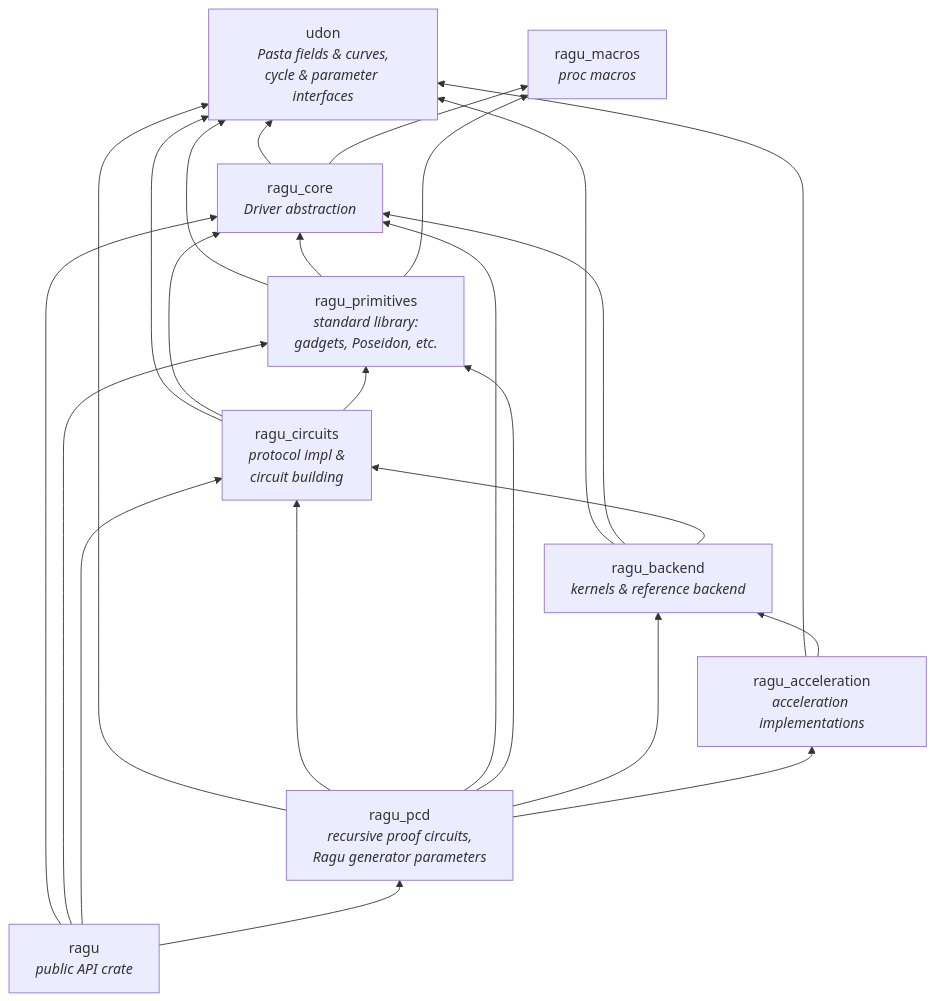
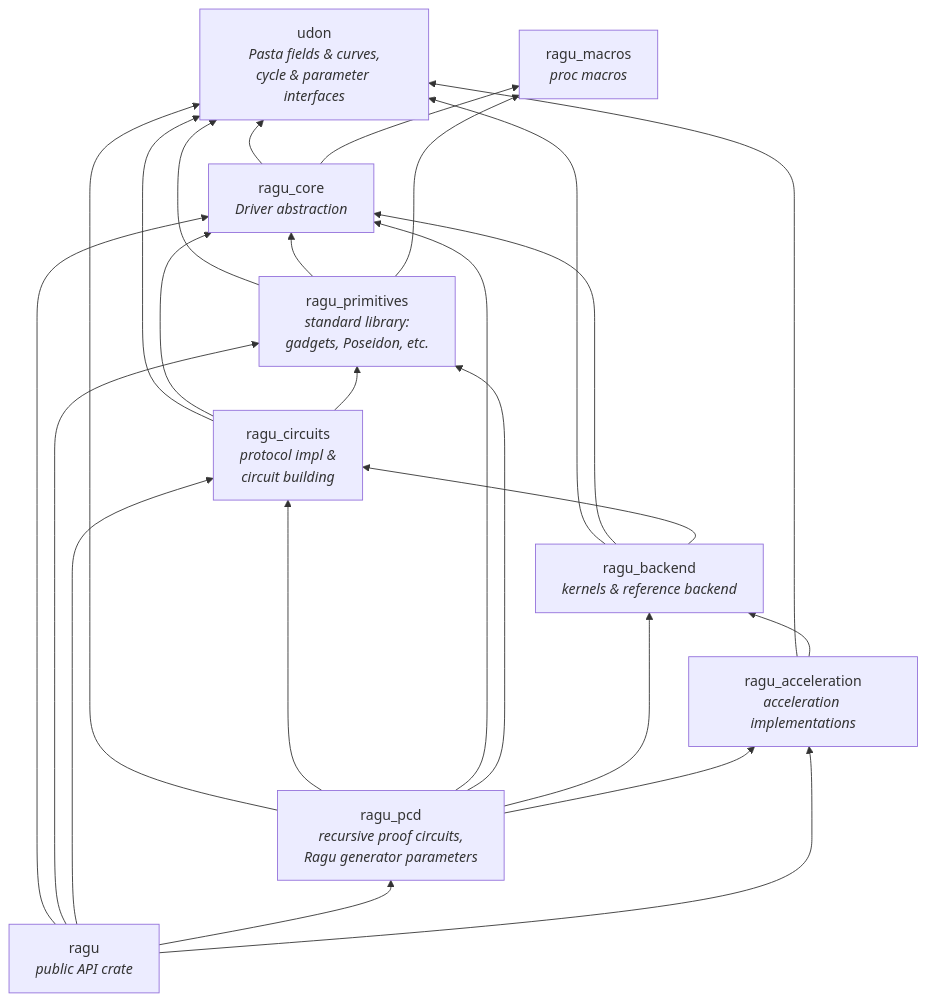
One commit to tachyon-zcash/ragu changed the second of 2 diagrams in book/src/implementation/arch.md. Above: the diagram before and after it, drawn with Mermaid. The commit also changed 2 other files, not shown here.

Commit message:
ragu: tidy the root crate's docs and lints
Draw the root crate's direct dependency on `ragu_acceleration` in the
architecture diagram, drop the `clippy::type_complexity` allowance that
re-exports cannot trigger, and name the backend a caller outside Ragu
passes to `bridge_hash::digest`, whose `ragu_backend::Backend` bound
names a crate `ragu` does not re-export.

````diff
--- a/book/src/implementation/arch.md
+++ b/book/src/implementation/arch.md
@@ -48,36 +48,37 @@
 ```mermaid
 flowchart BT
     macros["ragu_macros<br/><i>proc macros</i>"]
     udon["udon<br/><i>Pasta fields & curves,<br/>cycle & parameter interfaces</i>"]
     core["ragu_core<br/><i>Driver abstraction</i>"]
     prims["ragu_primitives<br/><i>standard library:<br/>gadgets, Poseidon, etc.</i>"]
     circuits["ragu_circuits<br/><i>protocol impl &<br/>circuit building</i>"]
     pcd["ragu_pcd<br/><i>recursive proof circuits,<br/>Ragu generator parameters</i>"]
     backend["ragu_backend<br/><i>kernels & reference backend</i>"]
     acceleration["ragu_acceleration<br/><i>acceleration implementations</i>"]
     ragu["ragu<br/><i>public API crate</i>"]
 
     core --> udon
     core --> macros
     prims --> udon
     prims --> core
     prims --> macros
     circuits --> udon
     circuits --> core
     circuits --> prims
     pcd --> udon
     pcd --> circuits
     pcd --> core
     pcd --> prims
     pcd --> backend
     pcd --> acceleration
     backend --> udon
     backend --> core
     backend --> circuits
     acceleration --> udon
     acceleration --> backend
     ragu --> core
     ragu --> prims
     ragu --> circuits
     ragu --> pcd
+    ragu --> acceleration
 ```
````
